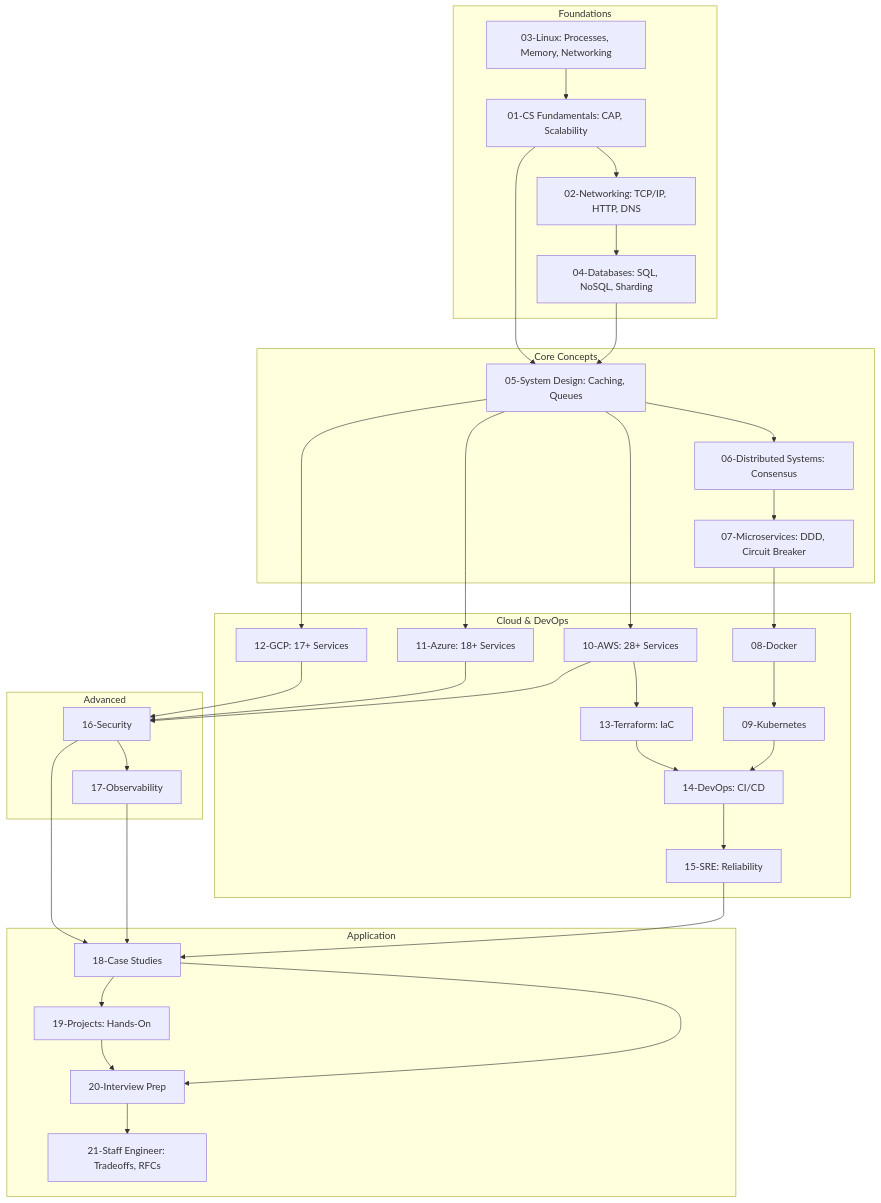
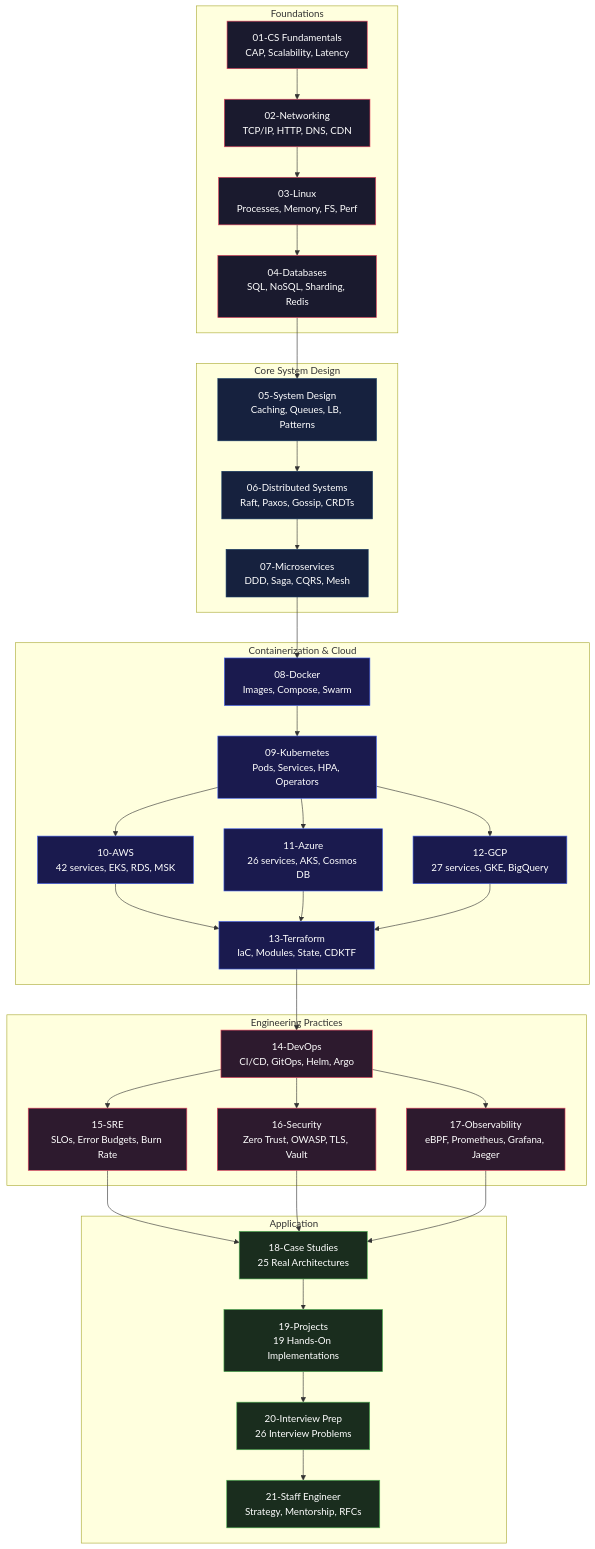
One commit to ajju853/SystemDesignHandbook changed the diagram in README.md. Above: the diagram before and after it, drawn with Mermaid. The commit also changed other lines of this file and 22 other files, not shown here.

````diff
--- a/README.md
+++ b/README.md
@@ -9,54 +51,52 @@
 ```mermaid
 graph TB
+    classDef foundation fill:#1a1a2e,stroke:#e94560,color:#fff
+    classDef core fill:#16213e,stroke:#0f3460,color:#fff
+    classDef cloud fill:#1a1a4e,stroke:#4361ee,color:#fff
+    classDef advanced fill:#2d1a2e,stroke:#e94560,color:#fff
+    classDef capstone fill:#1a2d1e,stroke:#4caf50,color:#fff
+
     subgraph "Foundations"
-        L1[03-Linux: Processes, Memory, Networking]
-        CS[01-CS Fundamentals: CAP, Scalability]
-        NET[02-Networking: TCP/IP, HTTP, DNS]
-        DB[04-Databases: SQL, NoSQL, Sharding]
+        CS["01-CS Fundamentals<br/>CAP, Scalability, Latency"]:::foundation
+        NET["02-Networking<br/>TCP/IP, HTTP, DNS, CDN"]:::foundation
+        LIN["03-Linux<br/>Processes, Memory, FS, Perf"]:::foundation
+        DB["04-Databases<br/>SQL, NoSQL, Sharding, Redis"]:::foundation
     end
-    
-    subgraph "Core Concepts"
-        SD[05-System Design: Caching, Queues]
-        DS[06-Distributed Systems: Consensus]
-        MS[07-Microservices: DDD, Circuit Breaker]
+
+    subgraph "Core System Design"
+        SD["05-System Design<br/>Caching, Queues, LB, Patterns"]:::core
+        DS["06-Distributed Systems<br/>Raft, Paxos, Gossip, CRDTs"]:::core
+        MS["07-Microservices<br/>DDD, Saga, CQRS, Mesh"]:::core
     end
-    
-    subgraph "Cloud & DevOps"
-        AWS[10-AWS: 28+ Services]
-        AZ[11-Azure: 18+ Services]
-        GCP[12-GCP: 17+ Services]
-        TF[13-Terraform: IaC]
-        DOCKER[08-Docker]
-        K8S[09-Kubernetes]
-        DEV[14-DevOps: CI/CD]
-        SRE[15-SRE: Reliability]
+
+    subgraph "Containerization & Cloud"
+        DOCK["08-Docker<br/>Images, Compose, Swarm"]:::cloud
+        K8S["09-Kubernetes<br/>Pods, Services, HPA, Operators"]:::cloud
+        AWS["10-AWS<br/>42 services, EKS, RDS, MSK"]:::cloud
+        AZ["11-Azure<br/>26 services, AKS, Cosmos DB"]:::cloud
+        GCP["12-GCP<br/>27 services, GKE, BigQuery"]:::cloud
+        TF["13-Terraform<br/>IaC, Modules, State, CDKTF"]:::cloud
     end
-    
-    subgraph "Advanced"
-        SEC[16-Security]
-        OBS[17-Observability]
+
+    subgraph "Engineering Practices"
+        DEV["14-DevOps<br/>CI/CD, GitOps, Helm, Argo"]:::advanced
+        SRE["15-SRE<br/>SLOs, Error Budgets, Burn Rate"]:::advanced
+        SEC["16-Security<br/>Zero Trust, OWASP, TLS, Vault"]:::advanced
+        OBS["17-Observability<br/>eBPF, Prometheus, Grafana, Jaeger"]:::advanced
     end
-    
+
     subgraph "Application"
-        CASE[18-Case Studies]
-        PROJ[19-Projects: Hands-On]
-        INT[20-Interview Prep]
-        STAFF[21-Staff Engineer: Tradeoffs, RFCs]
+        CASE["18-Case Studies<br/>25 Real Architectures"]:::capstone
+        PROJ["19-Projects<br/>19 Hands-On Implementations"]:::capstone
+        INT["20-Interview Prep<br/>26 Interview Problems"]:::capstone
+        STAFF["21-Staff Engineer<br/>Strategy, Mentorship, RFCs"]:::capstone
     end
-    
-    L1 --> CS --> NET --> DB
-    CS --> SD --> DS --> MS
-    DB --> SD
-    SD --> AWS --> TF --> DEV
-    SD --> AZ
-    SD --> GCP
-    MS --> DOCKER --> K8S --> DEV
-    DEV --> SRE
-    AWS --> SEC --> OBS
-    AZ --> SEC
-    GCP --> SEC
-    OBS --> CASE --> INT
-    SRE --> CASE
-    SEC --> CASE
-    CASE --> PROJ --> INT --> STAFF
+
+    CS --> NET --> LIN --> DB
+    DB --> SD --> DS --> MS
+    MS --> DOCK --> K8S
+    K8S --> AWS & AZ & GCP
+    AWS & AZ & GCP --> TF --> DEV
+    DEV --> SRE & SEC & OBS
+    SRE & SEC & OBS --> CASE --> PROJ --> INT --> STAFF
 ```
````
